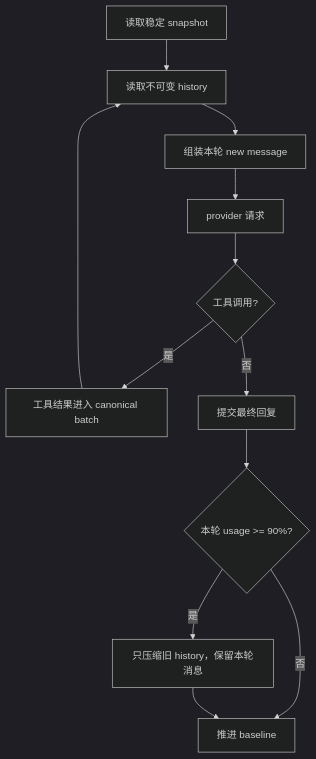
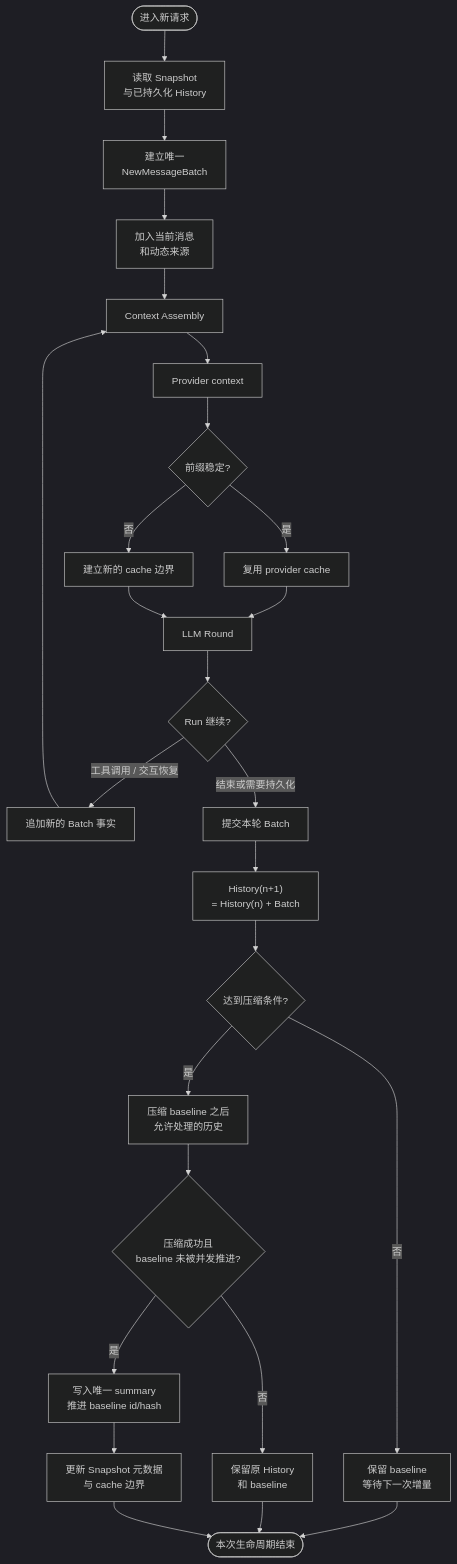
The second of 2 diagrams in docs/agent/04-CONTEXT-ENGINEERING.md (Coffeiz/Gugu-web), drawn with Mermaid (dark theme) before and after one commit. The commit also changed other lines of this file and 6 other files, not shown here.

````diff
--- a/docs/agent/04-CONTEXT-ENGINEERING.md
+++ b/docs/agent/04-CONTEXT-ENGINEERING.md
@@ -5,14 +80,28 @@
 ```mermaid
 flowchart TD
-    A[读取稳定 snapshot] --> B[读取不可变 history]
-    B --> C[组装本轮 new message]
-    C --> D[provider 请求]
-    D --> E{工具调用?}
-    E -->|是| F[工具结果进入 canonical batch]
-    F --> B
-    E -->|否| G[提交最终回复]
-    G --> H{本轮 usage >= 90%?}
-    H -->|是| I[只压缩旧 history，保留本轮消息]
-    H -->|否| J[推进 baseline]
+    A([进入新请求]) --> B[读取 Snapshot<br/>与已持久化 History]
+    B --> C[建立唯一<br/>NewMessageBatch]
+    C --> D[加入当前消息<br/>和动态来源]
+    D --> E[Context Assembly]
+    E --> F[Provider context]
+    F --> G{前缀稳定?}
+    G -->|是| H[复用 provider cache]
+    G -->|否| I[建立新的 cache 边界]
+    H --> J[LLM Round]
     I --> J
+    J --> K{Run 继续?}
+    K -->|工具调用 / 交互恢复| L[追加新的 Batch 事实]
+    L --> E
+    K -->|结束或需要持久化| M[提交本轮 Batch]
+    M --> N["History(n+1)<br/>= History(n) + Batch"]
+    N --> O{达到压缩条件?}
+    O -->|否| P[保留 baseline<br/>等待下一次增量]
+    O -->|是| Q[压缩 baseline 之后<br/>允许处理的历史]
+    Q --> R{压缩成功且<br/>baseline 未被并发推进?}
+    R -->|否| S[保留原 History<br/>和 baseline]
+    R -->|是| T[写入唯一 summary<br/>推进 baseline id/hash]
+    T --> U[更新 Snapshot 元数据<br/>与 cache 边界]
+    P --> V([本次生命周期结束])
+    S --> V
+    U --> V
 ```
````
